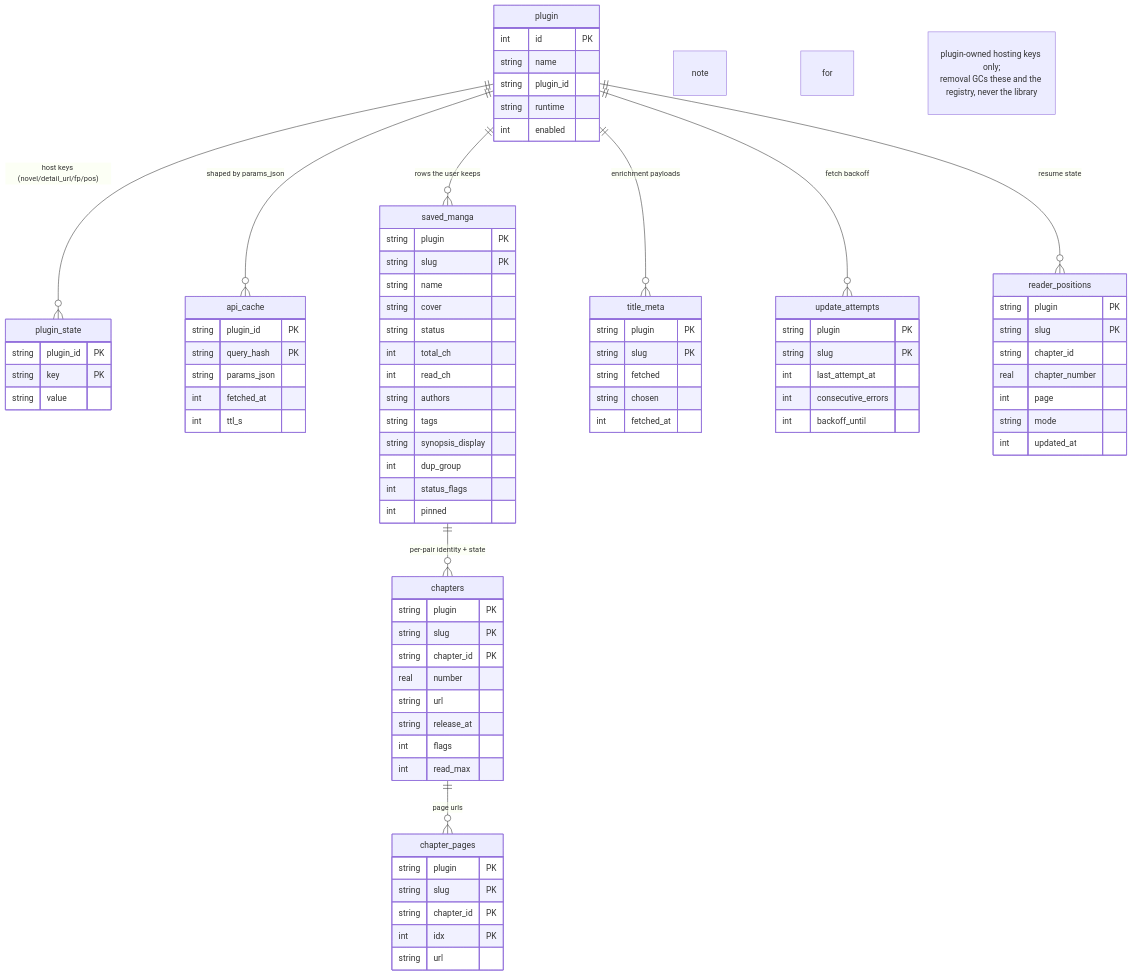
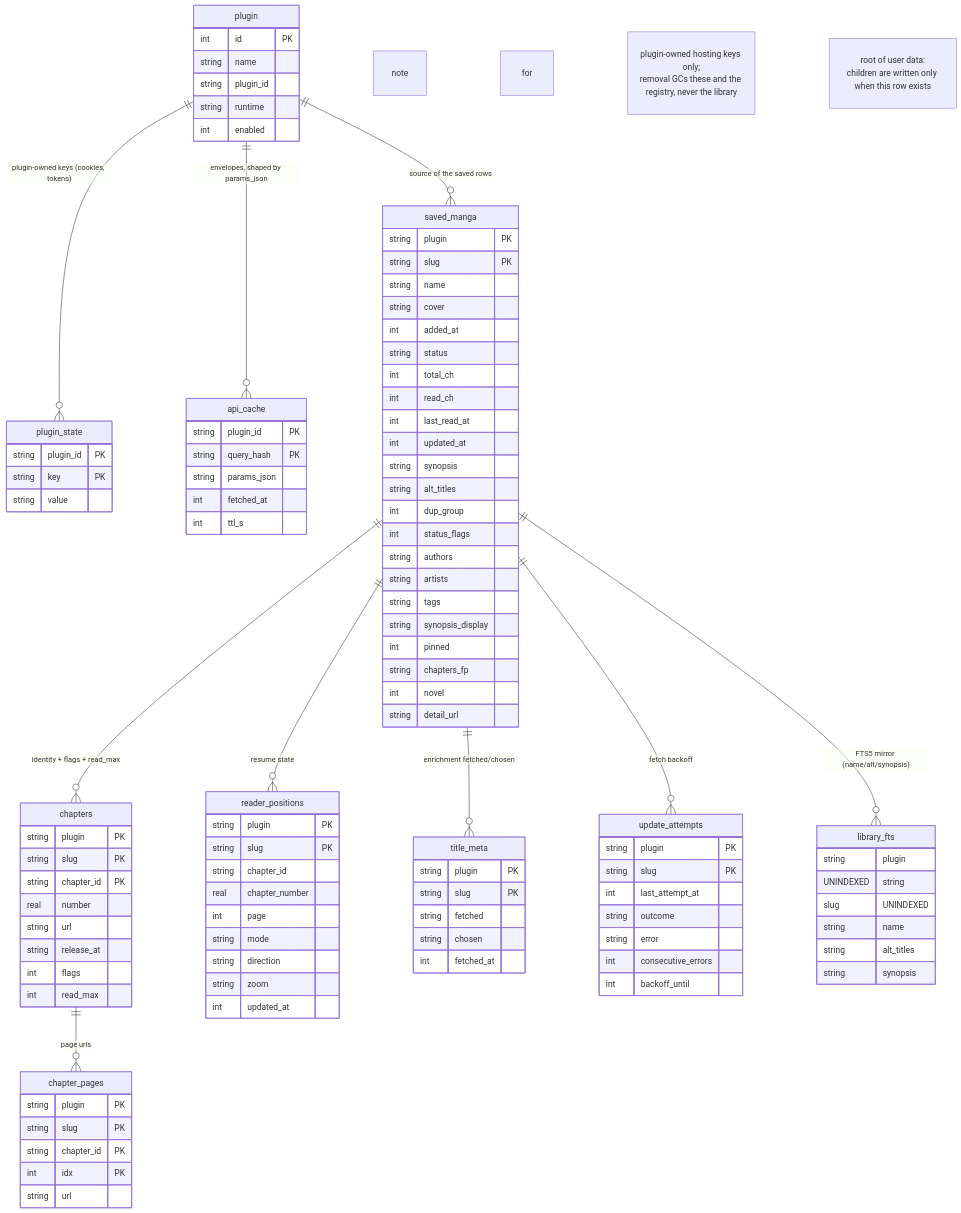
One commit to kenzanin/cppIsekai changed the third of 3 diagrams in README.md. Above: the diagram before and after it, drawn with Mermaid. The commit also changed other lines of this file and 2 other files, not shown here.

Commit message:
docs: README truth-pass - no-FK prose, ownership ERD, ephemeral store in diagrams, route/cache/layout facts

````diff
--- a/README.md
+++ b/README.md
@@ -137,13 +142,14 @@
 ```mermaid
 erDiagram
-    plugin ||--o{ plugin_state : "host keys (novel/detail_url/fp/pos)"
-    plugin ||--o{ api_cache : "shaped by params_json"
-    plugin ||--o{ saved_manga : "rows the user keeps"
-    saved_manga ||--o{ chapters : "per-pair identity + state"
+    plugin ||--o{ plugin_state : "plugin-owned keys (cookies, tokens)"
+    plugin ||--o{ api_cache : "envelopes, shaped by params_json"
+    plugin ||--o{ saved_manga : "source of the saved rows"
+    saved_manga ||--o{ chapters : "identity + flags + read_max"
     chapters ||--o{ chapter_pages : "page urls"
-    plugin ||--o{ title_meta : "enrichment payloads"
-    plugin ||--o{ update_attempts : "fetch backoff"
-    plugin ||--o{ reader_positions : "resume state"
+    saved_manga ||--o{ reader_positions : "resume state"
+    saved_manga ||--o{ title_meta : "enrichment fetched/chosen"
+    saved_manga ||--o{ update_attempts : "fetch backoff"
+    saved_manga ||--o{ library_fts : "FTS5 mirror (name/alt/synopsis)"
 
     plugin {
         int id PK
@@ -157,15 +163,24 @@
         string slug PK
         string name
         string cover
+        int added_at
         string status
         int total_ch
         int read_ch
+        int last_read_at
+        int updated_at
+        string synopsis
+        string alt_titles
+        int dup_group
+        int status_flags
         string authors
+        string artists
         string tags
         string synopsis_display
-        int dup_group
-        int status_flags
         int pinned
+        string chapters_fp
+        int novel
+        string detail_url
     }
     title_meta {
         string plugin PK
@@ -188,6 +203,8 @@
         real chapter_number
         int page
         string mode
+        string direction
+        string zoom
         int updated_at
     }
     chapters {
@@ -212,11 +229,21 @@
         string key PK
         string value
     }
+    library_fts {
+        string plugin UNINDEXED
+        string slug UNINDEXED
+        string name
+        string alt_titles
+        string synopsis
+    }
     note for plugin_state "plugin-owned hosting keys only;<br/>removal GCs these and the registry, never the library"
+    note for saved_manga "root of user data:<br/>children are written only when this row exists"
     update_attempts {
         string plugin PK
         string slug PK
         int last_attempt_at
+        string outcome
+        string error
         int consecutive_errors
         int backoff_until
     }
````
